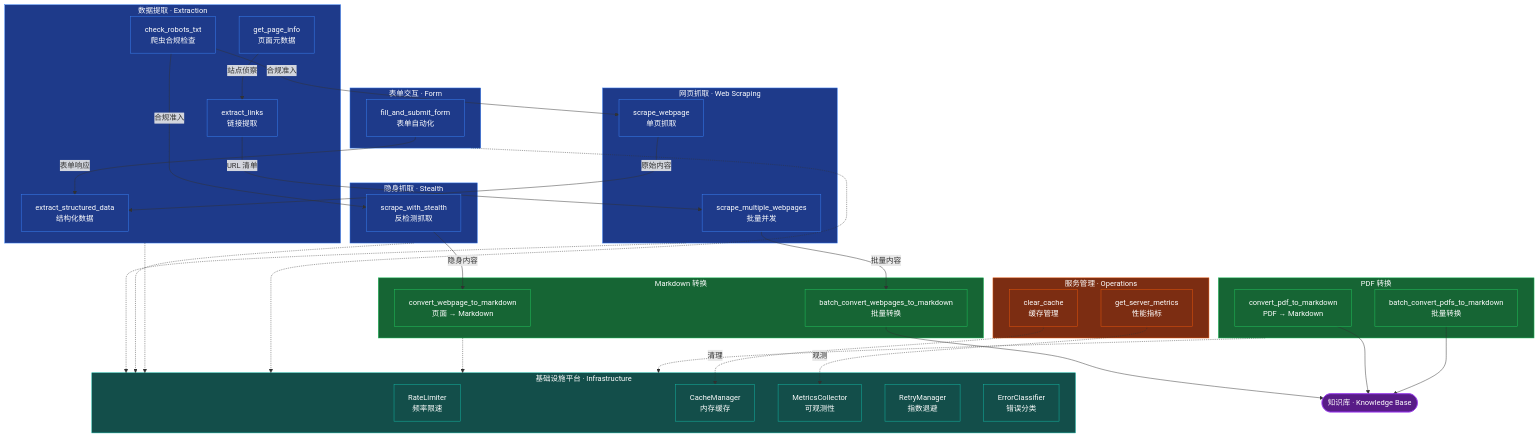
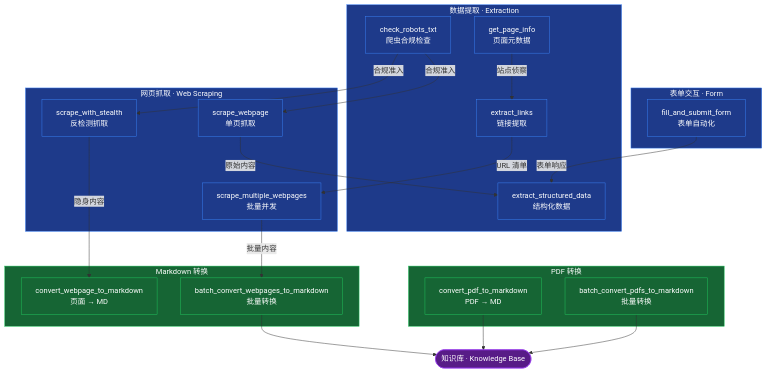
One commit to ThreeFish-AI/data-extractor changed the diagram in README.md. Above: the diagram before and after it, drawn with Mermaid. The commit also changed other lines of this file, not shown here.

Commit message:
docs(README): 精简工具协同架构段落，移除冗余样式与实现细节（-62 行 / 减 41%）;
- 移除 INFRA 基础设施层（5 节点 + 8 条虚线），详细说明已有权威单一源 docs/1-Framework.md
- 移除 SVC 服务管理层（无协同链路，上方工具表格已覆盖）
- 合并 WEB + STEALTH 为统一的 SCRAPE subgraph
- 用 classDef 批量替换 20 行逐节点样式定义（31 行 → 11 行，减 65%）

🤖 Generated with [Claude Code](https://github.com/claude), [CodeX](https://openai.com), [Gemini](https://github.com/apps/gemini-code-assist)

````diff
--- a/README.md
+++ b/README.md
@@ -138,12 +138,9 @@
         T6["extract_structured_data<br/>结构化数据"]
     end
 
-    subgraph WEB["网页抓取 · Web Scraping"]
+    subgraph SCRAPE["网页抓取 · Web Scraping"]
         T1["scrape_webpage<br/>单页抓取"]
         T2["scrape_multiple_webpages<br/>批量并发"]
-    end
-
-    subgraph STEALTH["隐身抓取 · Stealth"]
         T3["scrape_with_stealth<br/>反检测抓取"]
     end
 
@@ -153,16 +150,16 @@
 
     %% ─── 内容转换层 ───
     subgraph MD["Markdown 转换"]
-        T9["convert_webpage_to_markdown<br/>页面 → Markdown"]
+        T9["convert_webpage_to_markdown<br/>页面 → MD"]
         T10["batch_convert_webpages_to_markdown<br/>批量转换"]
     end
 
     subgraph PDF["PDF 转换"]
-        T11["convert_pdf_to_markdown<br/>PDF → Markdown"]
+        T11["convert_pdf_to_markdown<br/>PDF → MD"]
         T12["batch_convert_pdfs_to_markdown<br/>批量转换"]
     end
 
-    %% ─── 生产协同链路（催化效应） ───
+    %% ─── 生产协同链路 ───
     T7 -->|"合规准入"| T1
     T7 -->|"合规准入"| T3
     T5 -->|"站点侦察"| T4
@@ -177,59 +174,16 @@
     T11 --> KB
     T12 --> KB
 
-    %% ─── 服务管理 ───
-    subgraph SVC["服务管理 · Operations"]
-        T13["get_server_metrics<br/>性能指标"]
-        T14["clear_cache<br/>缓存管理"]
-    end
-
-    %% ─── 基础设施平台 ───
-    subgraph INFRA["基础设施平台 · Infrastructure"]
-        I1["RateLimiter<br/>频率限速"]
-        I2["CacheManager<br/>内存缓存"]
-        I3["MetricsCollector<br/>可观测性"]
-        I4["RetryManager<br/>指数退避"]
-        I5["ErrorClassifier<br/>错误分类"]
-    end
-
-    T13 -.->|"观测"| I3
-    T14 -.->|"清理"| I2
-    WEB -.-> INFRA
-    STEALTH -.-> INFRA
-    EXTRACT -.-> INFRA
-    FORM -.-> INFRA
-    MD -.-> INFRA
-    PDF -.-> INFRA
-
     %% ─── 样式 ───
-    style EXTRACT fill:#1e3a8a,stroke:#3b82f6,color:#ffffff
-    style WEB fill:#1e3a8a,stroke:#3b82f6,color:#ffffff
-    style STEALTH fill:#1e3a8a,stroke:#3b82f6,color:#ffffff
-    style FORM fill:#1e3a8a,stroke:#3b82f6,color:#ffffff
-    style MD fill:#166534,stroke:#22c55e,color:#ffffff
-    style PDF fill:#166534,stroke:#22c55e,color:#ffffff
-    style SVC fill:#7c2d12,stroke:#ea580c,color:#ffffff
-    style INFRA fill:#134e4a,stroke:#14b8a6,color:#ffffff
-
-    style T1 fill:#1e3a8a,stroke:#3b82f6,color:#ffffff
-    style T2 fill:#1e3a8a,stroke:#3b82f6,color:#ffffff
-    style T3 fill:#1e3a8a,stroke:#3b82f6,color:#ffffff
-    style T4 fill:#1e3a8a,stroke:#3b82f6,color:#ffffff
-    style T5 fill:#1e3a8a,stroke:#3b82f6,color:#ffffff
-    style T6 fill:#1e3a8a,stroke:#3b82f6,color:#ffffff
-    style T7 fill:#1e3a8a,stroke:#3b82f6,color:#ffffff
-    style T8 fill:#1e3a8a,stroke:#3b82f6,color:#ffffff
-    style T9 fill:#166534,stroke:#22c55e,color:#ffffff
-    style T10 fill:#166534,stroke:#22c55e,color:#ffffff
-    style T11 fill:#166534,stroke:#22c55e,color:#ffffff
-    style T12 fill:#166534,stroke:#22c55e,color:#ffffff
-    style T13 fill:#7c2d12,stroke:#ea580c,color:#ffffff
-    style T14 fill:#7c2d12,stroke:#ea580c,color:#ffffff
-    style KB fill:#581c87,stroke:#9333ea,color:#ffffff
-
-    style I1 fill:#134e4a,stroke:#14b8a6,color:#ffffff
-    style I2 fill:#134e4a,stroke:#14b8a6,color:#ffffff
-    style I3 fill:#134e4a,stroke:#14b8a6,color:#ffffff
-    style I4 fill:#134e4a,stroke:#14b8a6,color:#ffffff
-    style I5 fill:#134e4a,stroke:#14b8a6,color:#ffffff
+    classDef blue fill:#1e3a8a,stroke:#3b82f6,color:#fff
+    classDef green fill:#166534,stroke:#22c55e,color:#fff
+    classDef purple fill:#581c87,stroke:#9333ea,color:#fff
+    class T1,T2,T3,T4,T5,T6,T7,T8 blue
+    class T9,T10,T11,T12 green
+    class KB purple
+    style EXTRACT fill:#1e3a8a,stroke:#3b82f6,color:#fff
+    style SCRAPE fill:#1e3a8a,stroke:#3b82f6,color:#fff
+    style FORM fill:#1e3a8a,stroke:#3b82f6,color:#fff
+    style MD fill:#166534,stroke:#22c55e,color:#fff
+    style PDF fill:#166534,stroke:#22c55e,color:#fff
 ```
````
